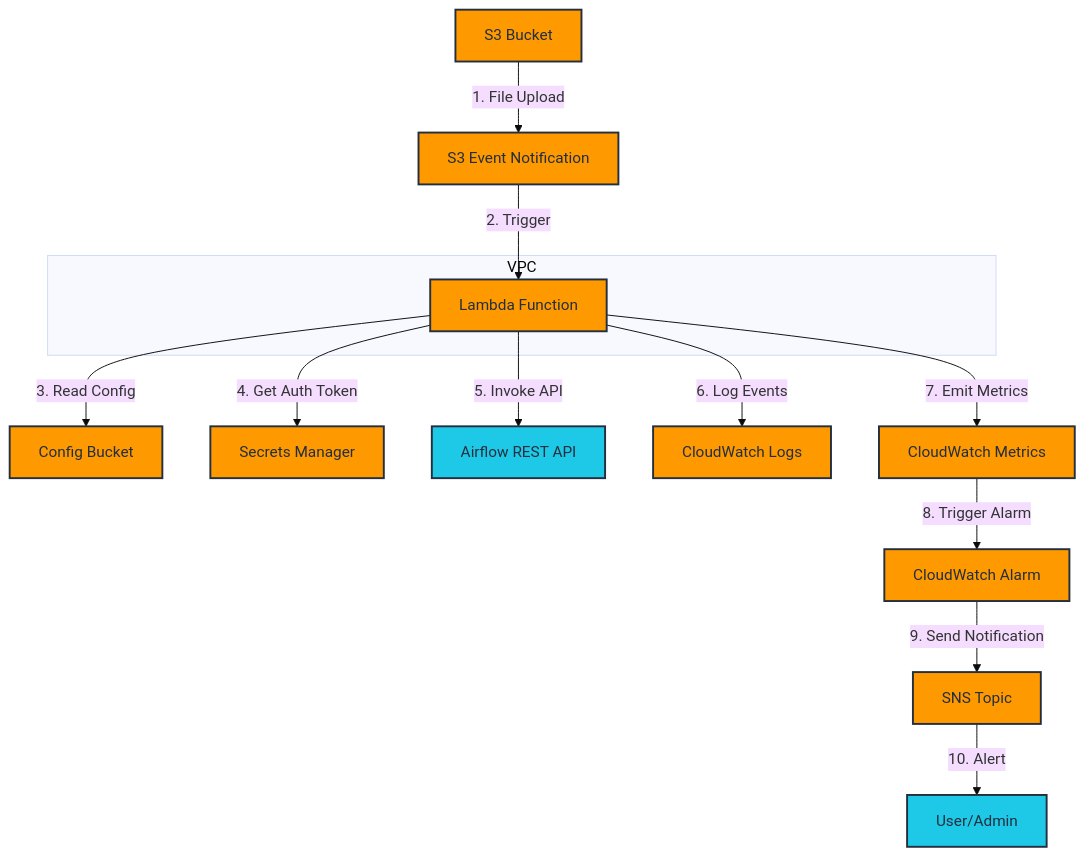
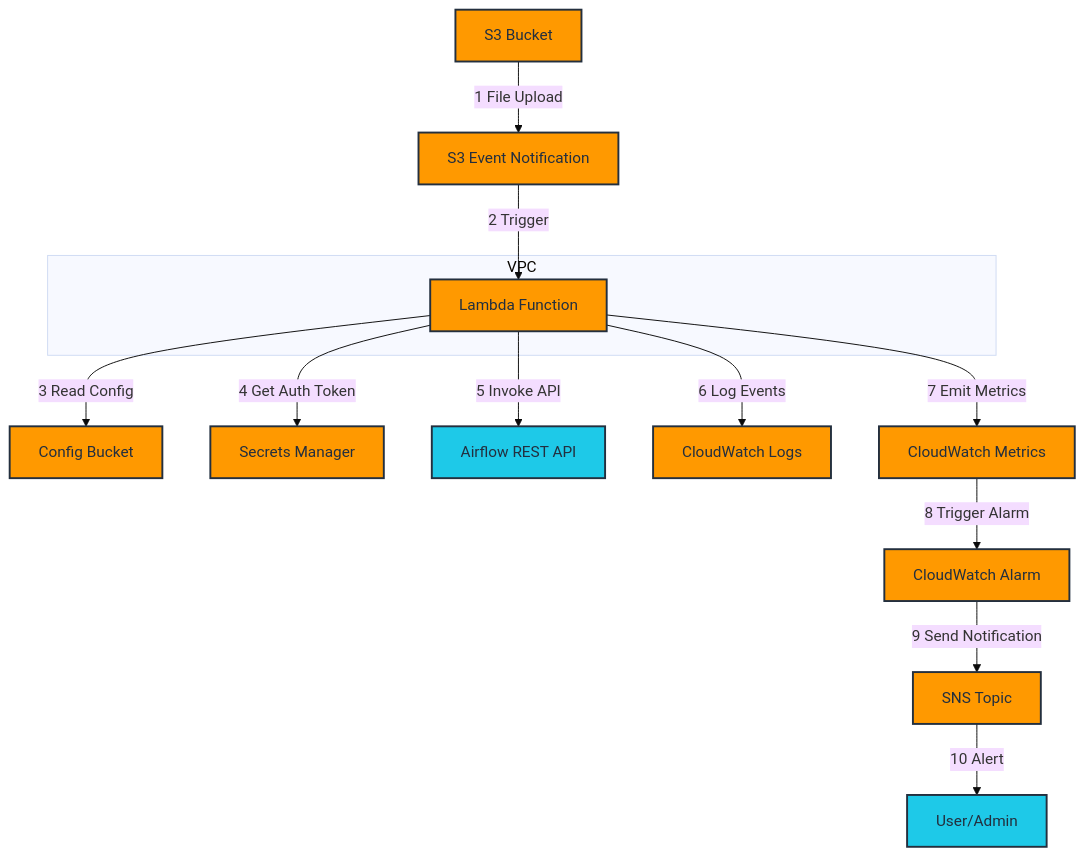
One commit to vijayaudupa/aws-s3-file-upload-trigger-example changed the diagram in README.md. Above: the diagram before and after it, drawn with Mermaid (base theme).

````diff
--- a/README.md
+++ b/README.md
@@ -22,22 +22,22 @@
 ```mermaid
 graph TD;
-    S3[S3 Bucket] -->|1. File Upload| EN[S3 Event Notification]
-    EN -->|2. Trigger| LF[Lambda Function]
-    LF -->|3. Read Config| CB[Config Bucket]
-    LF -->|4. Get Auth Token| SM[Secrets Manager]
-    LF -->|5. Invoke API| AF[Airflow REST API]
-    LF -->|6. Log Events| CW[CloudWatch Logs]
-    LF -->|7. Emit Metrics| CM[CloudWatch Metrics]
-    CM -->|8. Trigger Alarm| AL[CloudWatch Alarm]
-    AL -->|9. Send Notification| SNS[SNS Topic]
-    SNS -->|10. Alert| U[User/Admin]
+    S3[S3 Bucket] -->|1 File Upload| EN[S3 Event Notification]
+    EN -->|2 Trigger| LF[Lambda Function]
+    LF -->|3 Read Config| CB[Config Bucket]
+    LF -->|4 Get Auth Token| SM[Secrets Manager]
+    LF -->|5 Invoke API| AF[Airflow REST API]
+    LF -->|6 Log Events| CW[CloudWatch Logs]
+    LF -->|7 Emit Metrics| CM[CloudWatch Metrics]
+    CM -->|8 Trigger Alarm| AL[CloudWatch Alarm]
+    AL -->|9 Send Notification| SNS[SNS Topic]
+    SNS -->|10 Alert| U[User/Admin]
 
     subgraph VPC
     LF
     end
 
     classDef aws fill:#FF9900,stroke:#232F3E,stroke-width:2px,color:#232F3E;
     classDef external fill:#1EC9E8,stroke:#232F3E,stroke-width:2px,color:#232F3E;
     class S3,EN,LF,CB,SM,CW,CM,AL,SNS aws;
     class AF,U external;
 ```
````
